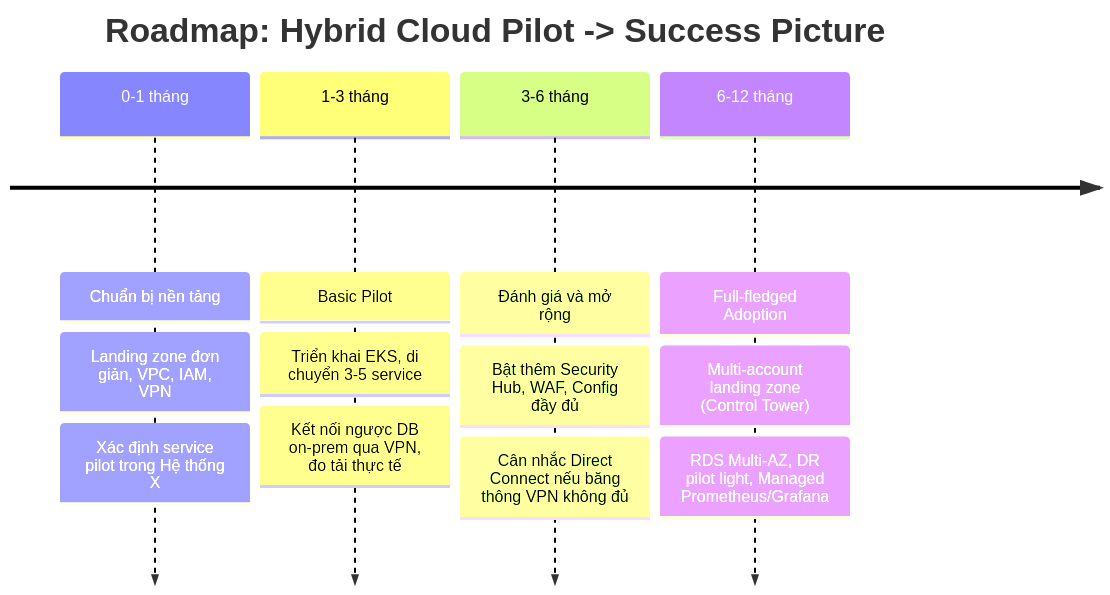
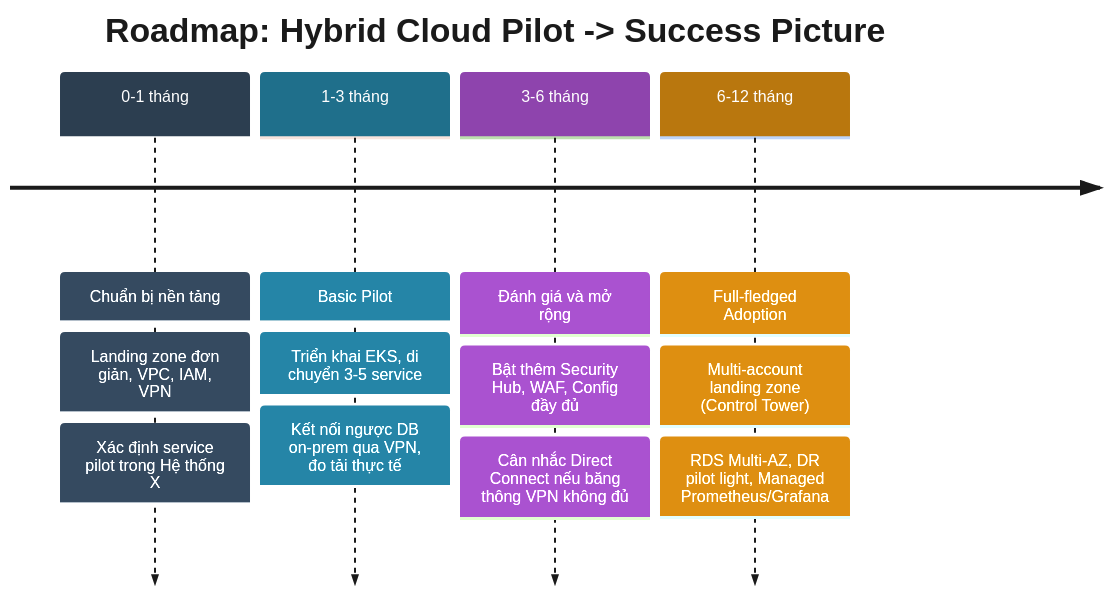
The fourth of 4 diagrams in aws-adoption-for-sme.md (hinorashi/homecommer), drawn with Mermaid before and after one commit. The commit also changed other lines of this file, not shown here.

````diff
--- a/aws-adoption-for-sme.md
+++ b/aws-adoption-for-sme.md
@@ -367,16 +406,17 @@
 ```mermaid
+%%{ init: { 'theme': 'base', 'themeVariables': { 'primaryColor': '#ffffff', 'primaryTextColor': '#1a1a1a', 'primaryBorderColor': '#2c3e50', 'lineColor': '#2c3e50', 'tertiaryColor': '#f4f4f4', 'cScale0': '#2c3e50', 'cScaleLabel0': '#ffffff', 'cScale1': '#1f6f8b', 'cScaleLabel1': '#ffffff', 'cScale2': '#8e44ad', 'cScaleLabel2': '#ffffff', 'cScale3': '#b9770e', 'cScaleLabel3': '#ffffff' } } }%%
 timeline
   title Roadmap: Hybrid Cloud Pilot -> Success Picture
   0-1 tháng : Chuẩn bị nền tảng
              : Landing zone đơn giản, VPC, IAM, VPN
              : Xác định service pilot trong Hệ thống X
   1-3 tháng : Basic Pilot
              : Triển khai EKS, di chuyển 3-5 service
              : Kết nối ngược DB on-prem qua VPN, đo tải thực tế
   3-6 tháng : Đánh giá và mở rộng
              : Bật thêm Security Hub, WAF, Config đầy đủ
              : Cân nhắc Direct Connect nếu băng thông VPN không đủ
   6-12 tháng : Full-fledged Adoption
               : Multi-account landing zone (Control Tower)
               : RDS Multi-AZ, DR pilot light, Managed Prometheus/Grafana
 ```
````
